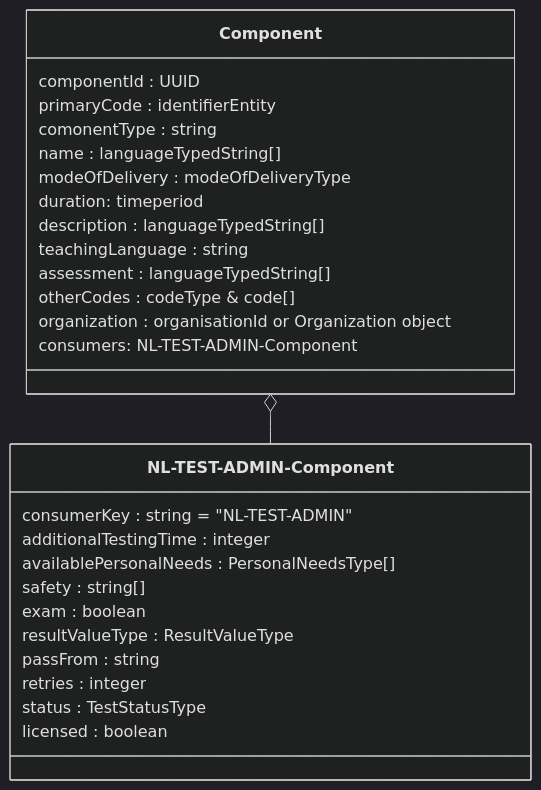
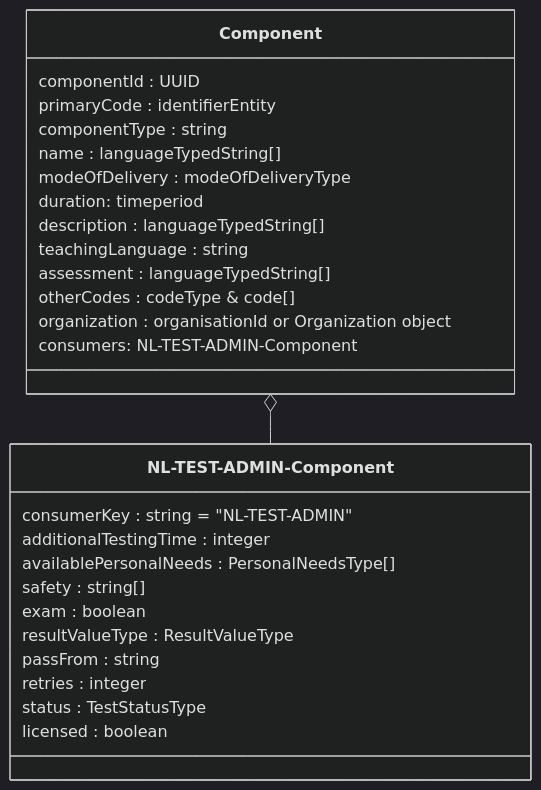
Before and after one commit to NetwerkExamineringDigitalisering/NED-OOAPI: the second of 3 diagrams in doc/flow0.md, drawn with Mermaid (dark theme).

Commit message:
Update flow0.md
spelfout comonentType verbeterd

````diff
--- a/doc/flow0.md
+++ b/doc/flow0.md
@@ -21,30 +21,30 @@
 ```mermaid
 classDiagram
     class Component {
     	componentId : UUID
 	primaryCode : identifierEntity
-	comonentType : string
+	componentType : string
 	name : languageTypedString[]
 	modeOfDelivery : modeOfDeliveryType
         duration: timeperiod
 	description : languageTypedString[]
 	teachingLanguage : string
 	assessment : languageTypedString[]
 	otherCodes : codeType & code[]
 	organization : organisationId or Organization object
         consumers: NL-TEST-ADMIN-Component
     }
     class `NL-TEST-ADMIN-Component` {
     	consumerKey : string = "NL-TEST-ADMIN"
 	additionalTestingTime : integer
 	availablePersonalNeeds : PersonalNeedsType[]
 	safety : string[]
 	exam : boolean
 	resultValueType : ResultValueType
 	passFrom : string
 	retries : integer
 	status : TestStatusType
 	licensed : boolean
     }
     Component o-- `NL-TEST-ADMIN-Component`
 ```
````
